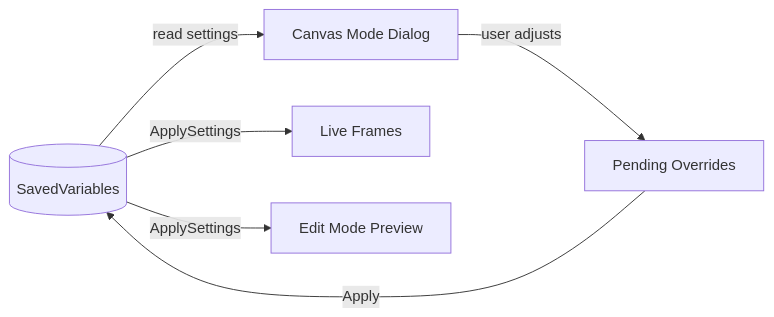
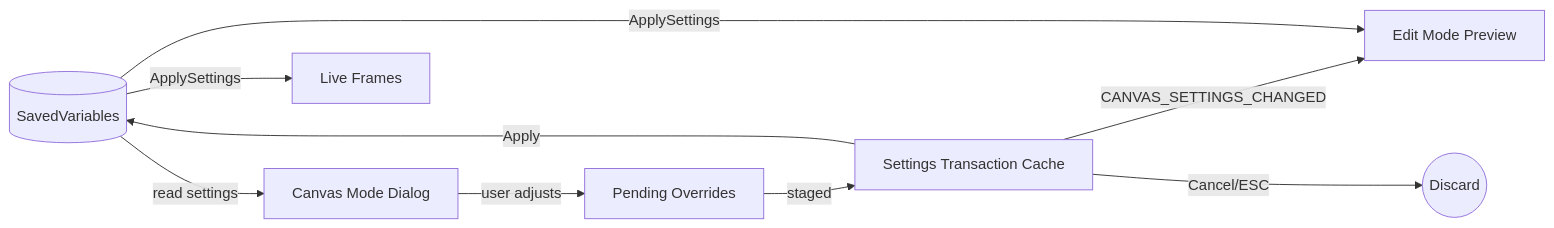
Before and after one commit to MoONSHO7/Orbit: the diagram in Orbit/Core/CanvasMode/readme.md, drawn with Mermaid. The commit also changed other lines of this file and 20 other files, not shown here.

Commit message:
Paintjob on Canvas Mode

````diff
--- a/Orbit/Core/CanvasMode/readme.md
+++ b/Orbit/Core/CanvasMode/readme.md
@@ -11,8 +11,11 @@
 ```mermaid
 graph LR
     SV[(SavedVariables)] -->|read settings| dialog[Canvas Mode Dialog]
     dialog -->|user adjusts| buffer[Pending Overrides]
-    buffer -->|Apply| SV
+    buffer -->|staged| txn[Settings Transaction Cache]
+    txn -->|CANVAS_SETTINGS_CHANGED| preview[Edit Mode Preview]
+    txn -->|Apply| SV
+    txn -->|Cancel/ESC| discard((Discard))
     SV -->|ApplySettings| live[Live Frames]
-    SV -->|ApplySettings| edit[Edit Mode Preview]
+    SV -->|ApplySettings| preview
 ```
````
